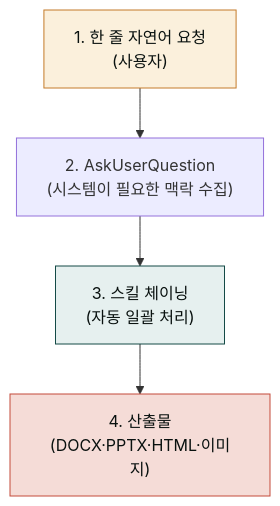
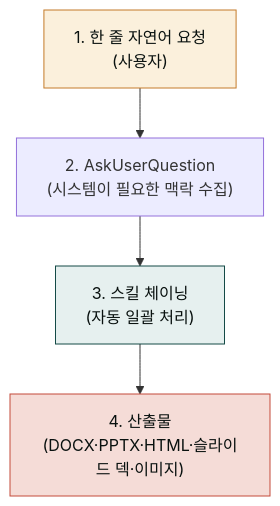
Before and after one commit to modu-ai/claude: the first of 3 diagrams in content/_index.md, drawn with Mermaid. The commit also changed other lines of this file and 43 other files, not shown here.

First line of the commit message:
chore(release): v2.24.0 — html-slide 신규 + codex 이미지 백엔드 + docs-site 동기화

````diff
--- a/content/_index.md
+++ b/content/_index.md
@@ -60,9 +60,9 @@
 ```mermaid
 flowchart TD
     A["1. 한 줄 자연어 요청<br/>(사용자)"] --> B["2. AskUserQuestion<br/>(시스템이 필요한 맥락 수집)"]
     B --> C["3. 스킬 체이닝<br/>(자동 일괄 처리)"]
-    C --> D["4. 산출물<br/>(DOCX·PPTX·HTML·이미지)"]
+    C --> D["4. 산출물<br/>(DOCX·PPTX·HTML·슬라이드 덱·이미지)"]
     style A fill:#fbf0dc,stroke:#c47b2a,color:#09110f
     style C fill:#e6f0ef,stroke:#144a46,color:#09110f
     style D fill:#f5dcd7,stroke:#c44a3a,color:#09110f
 ```
````
